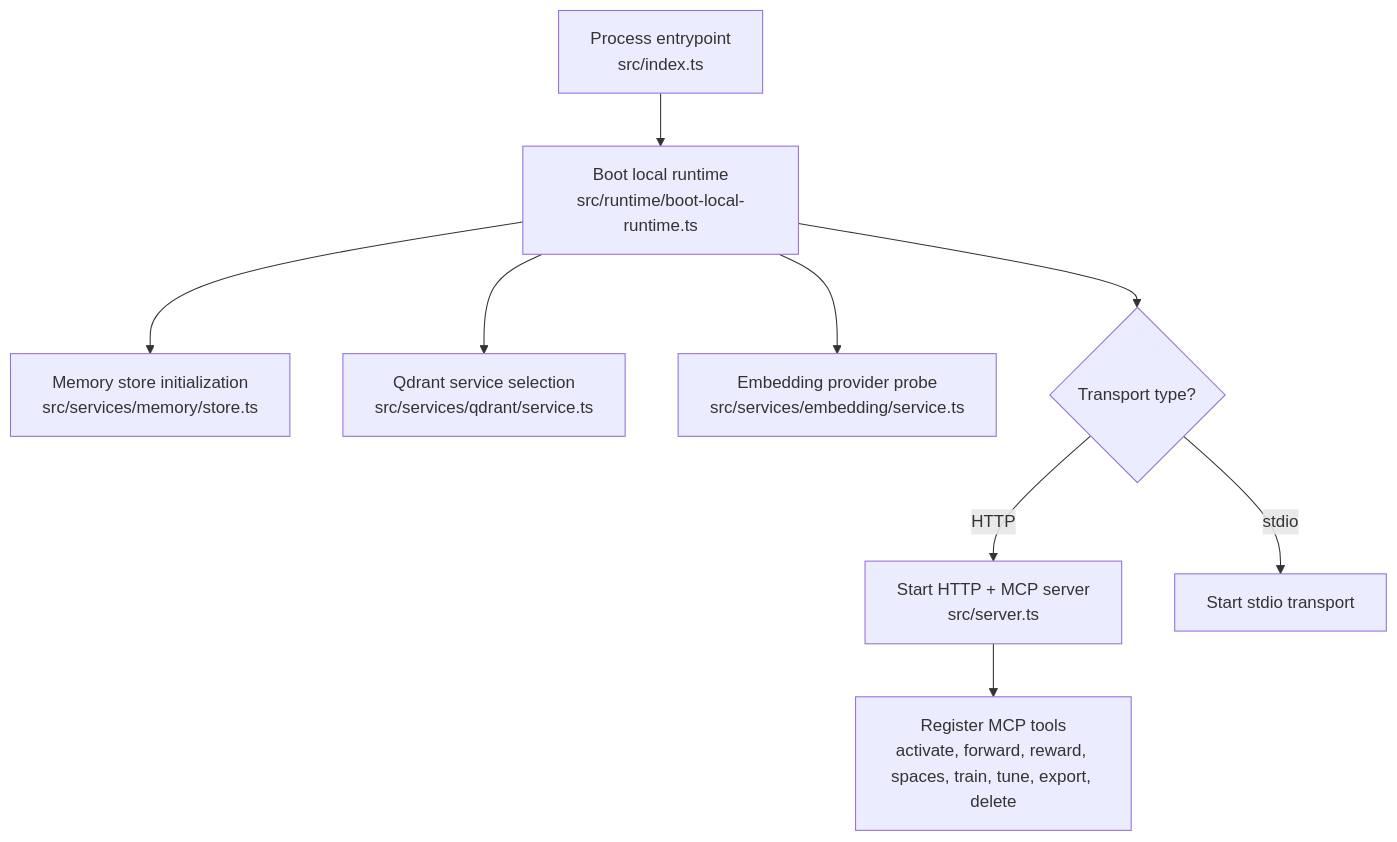
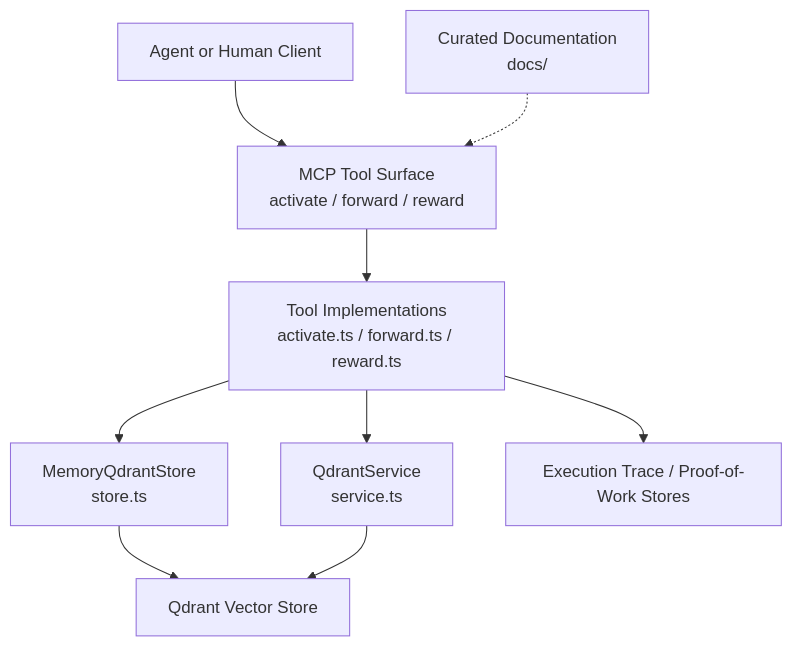
One commit to SquadRules/mcp changed the first of 9 diagrams in .qoder/repowiki/en/content/Core Concepts/Core Concepts.md. Above: the diagram before and after it, drawn with Mermaid. The commit also changed other lines of this file and 553 other files, not shown here.

````diff
--- a/.qoder/repowiki/en/content/Core Concepts/Core Concepts.md
+++ b/.qoder/repowiki/en/content/Core Concepts/Core Concepts.md
@@ -48,11 +49,11 @@
 ```mermaid
-flowchart TD
-Entry["Process entrypoint<br/>src/index.ts"] --> Boot["Boot local runtime<br/>src/runtime/boot-local-runtime.ts"]
-Boot --> Store["Memory store initialization<br/>src/services/memory/store.ts"]
-Boot --> QService["Qdrant service selection<br/>src/services/qdrant/service.ts"]
-Boot --> Embedding["Embedding provider probe<br/>src/services/embedding/service.ts"]
-Boot --> Transport{"Transport type?"}
-Transport --> |HTTP| Http["Start HTTP + MCP server<br/>src/server.ts"]
-Transport --> |stdio| Stdio["Start stdio transport"]
-Http --> Tools["Register MCP tools<br/>activate, forward, reward, spaces, train, tune, export, delete"]
+graph TB
+Client["Agent or Human Client"] --> MCP["MCP Tool Surface<br/>activate / forward / reward"]
+MCP --> Tools["Tool Implementations<br/>activate.ts / forward.ts / reward.ts"]
+Tools --> MemoryStore["MemoryQdrantStore<br/>store.ts"]
+Tools --> QdrantService["QdrantService<br/>service.ts"]
+MemoryStore --> Qdrant["Qdrant Vector Store"]
+QdrantService --> Qdrant
+Tools --> RuntimeStores["Execution Trace / Proof-of-Work Stores"]
+Docs["Curated Documentation<br/>docs/"] -.-> MCP
 ```
````
